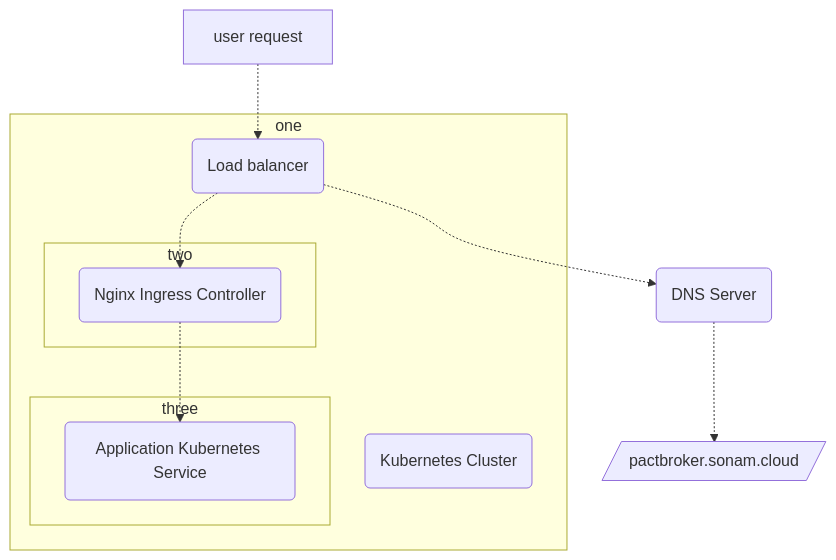
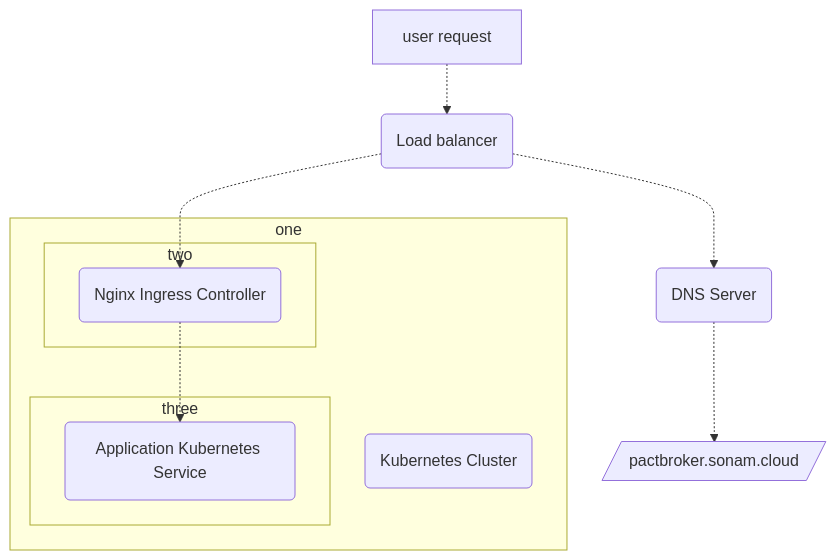
Before and after one commit to sonamsamdupkhangsar/sonamsamdupkhangsar.github.io: the first of 4 diagrams in README.md, drawn with Mermaid.

Commit message:
exclude from graph

````diff
--- a/README.md
+++ b/README.md
@@ -10,19 +10,19 @@
 ```mermaid
 flowchart TD
     A[user request] -.-> B(Load balancer)
     B -.-> C(DNS Server)
     C -.-> D[/pactbroker.sonam.cloud/]
     subgraph one
     E(Kubernetes Cluster)
     subgraph two
     F(Nginx Ingress Controller) 
     end
     subgraph three
     G(Application Kubernetes Service)
+    end    
     end
     F -.-> G
     B -.-> F
-    end
 
 
 ```
````
